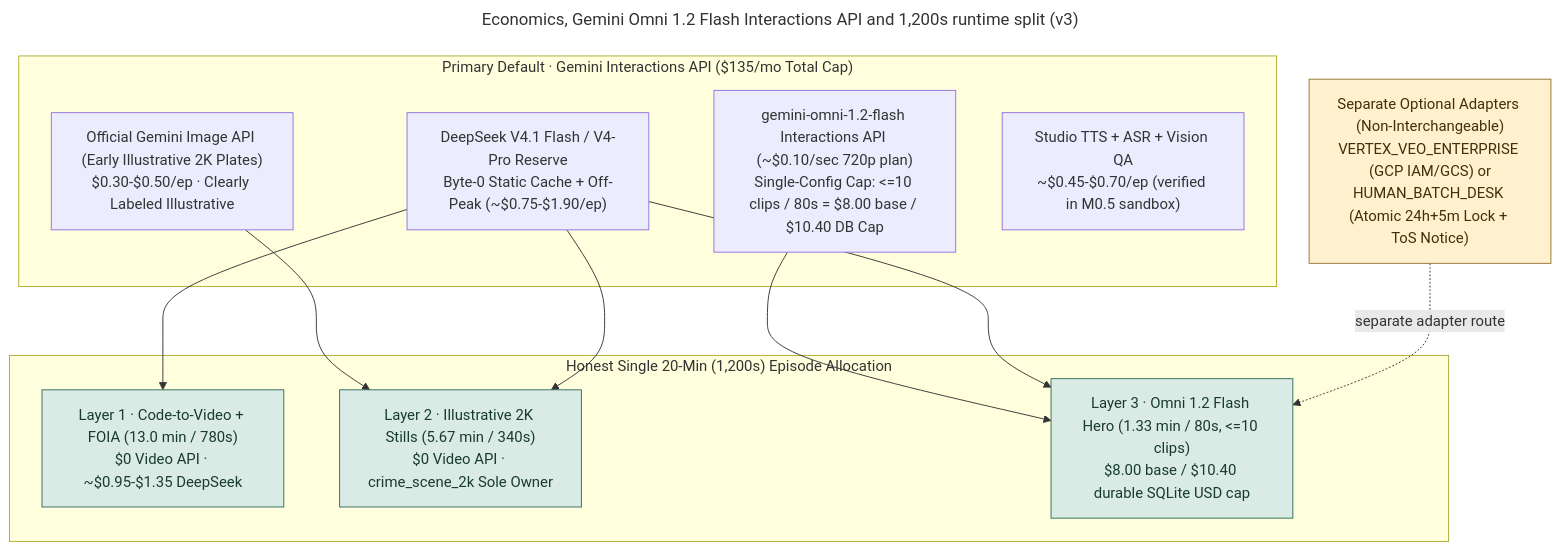
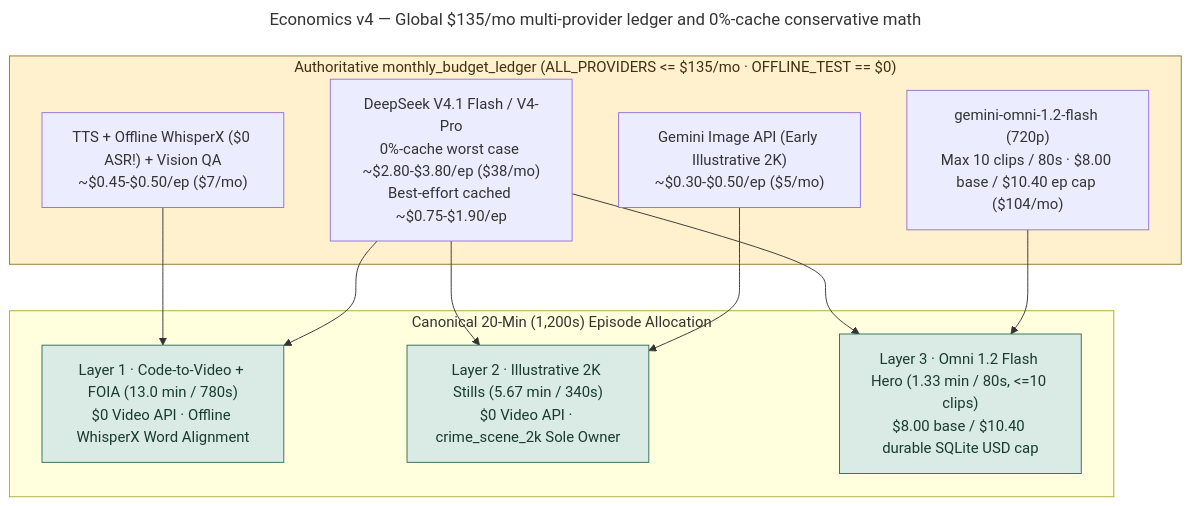
The diagram in economics-and-credit-math.mmd (AyushGahtori/true-crime-pipeline), drawn with Mermaid before and after one commit. The commit also changed 26 other files, not shown here.

Commit message:
Harden v4 blueprint: offline-test zero-spend gate, global /mo ledger, WhisperX ASR, ScenePlan contract & wave merge runbook

```diff
--- a/economics-and-credit-math.mmd
+++ b/economics-and-credit-math.mmd
@@ -1,28 +1,26 @@
 ---
-title: Economics, Gemini Omni 1.2 Flash Interactions API and 1,200s runtime split (v3)
+title: Economics v4 — Global $135/mo multi-provider ledger and 0%-cache conservative math
 ---
 flowchart TB
-  subgraph PRIMARY["Primary Default · Gemini Interactions API ($135/mo Total Cap)"]
-    OMNI_API["gemini-omni-1.2-flash Interactions API (~$0.10/sec 720p plan)<br/>Single-Config Cap: <=10 clips / 80s = $8.00 base / $10.40 DB Cap"]
-    IMG_API["Official Gemini Image API (Early Illustrative 2K Plates)<br/>$0.30-$0.50/ep · Clearly Labeled Illustrative"]
-    DS["DeepSeek V4.1 Flash / V4-Pro Reserve<br/>Byte-0 Static Cache + Off-Peak (~$0.75-$1.90/ep)"]
-    TTS["Studio TTS + ASR + Vision QA<br/>~$0.45-$0.70/ep (verified in M0.5 sandbox)"]
+  subgraph LEDGER["Authoritative monthly_budget_ledger (ALL_PROVIDERS <= $135/mo · OFFLINE_TEST == $0)"]
+    OMNI["gemini-omni-1.2-flash (720p)<br/>Max 10 clips / 80s · $8.00 base / $10.40 ep cap ($104/mo)"]
+    IMG["Gemini Image API (Early Illustrative 2K)<br/>~$0.30-$0.50/ep ($5/mo)"]
+    DS["DeepSeek V4.1 Flash / V4-Pro<br/>0%-cache worst case ~$2.80-$3.80/ep ($38/mo)<br/>Best-effort cached ~$0.75-$1.90/ep"]
+    TTS["TTS + Offline WhisperX ($0 ASR!) + Vision QA<br/>~$0.45-$0.50/ep ($7/mo)"]
   end
 
-  subgraph EP["Honest Single 20-Min (1,200s) Episode Allocation"]
-    L1["Layer 1 · Code-to-Video + FOIA (13.0 min / 780s)<br/>$0 Video API · ~$0.95-$1.35 DeepSeek"]
+  subgraph EP["Canonical 20-Min (1,200s) Episode Allocation"]
+    L1["Layer 1 · Code-to-Video + FOIA (13.0 min / 780s)<br/>$0 Video API · Offline WhisperX Word Alignment"]
     L2["Layer 2 · Illustrative 2K Stills (5.67 min / 340s)<br/>$0 Video API · crime_scene_2k Sole Owner"]
     L3["Layer 3 · Omni 1.2 Flash Hero (1.33 min / 80s, <=10 clips)<br/>$8.00 base / $10.40 durable SQLite USD cap"]
   end
 
-  OPT["Separate Optional Adapters (Non-Interchangeable)<br/>VERTEX_VEO_ENTERPRISE (GCP IAM/GCS) or<br/>HUMAN_BATCH_DESK (Atomic 24h+5m Lock + ToS Notice)"]
-
-  OMNI_API --> L3
-  IMG_API --> L2
+  OMNI --> L3
+  IMG --> L2
   DS --> L1 & L2 & L3
-  OPT -.->|separate adapter route| L3
+  TTS --> L1
 
   classDef core fill:#daeae4,stroke:#316d5b,color:#173b30
   classDef warn fill:#fff1ce,stroke:#947333,color:#40300b
   class L1,L2,L3 core
-  class OPT warn
+  class LEDGER warn
```
